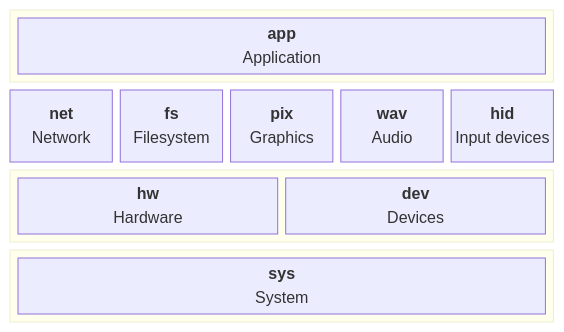
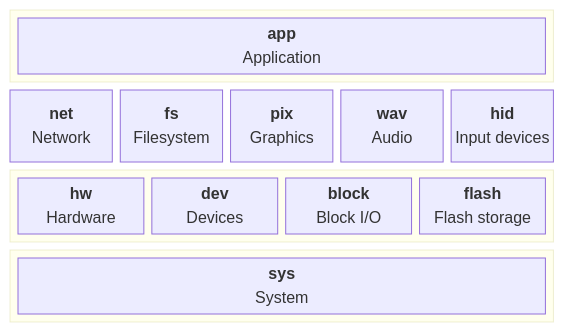
The diagram in README.md (mutablelogic/picofuse), drawn with Mermaid before and after one commit. The commit also changed other lines of this file and 27 other files, not shown here.

First line of the commit message:
Add flash and block io support  (#16)

````diff
--- a/README.md
+++ b/README.md
@@ -12,22 +12,24 @@
 ```mermaid
 block-beta
   columns 5
 
   block:top:5
     columns 1
     app["<b>app</b><br/>Application"]
   end
 
   net["<b>net</b><br/>Network"] fs["<b>fs</b><br/>Filesystem"] pix["<b>pix</b><br/>Graphics"] wav["<b>wav</b><br/>Audio"] hid["<b>hid</b><br/>Input devices"]
 
   block:middle:5
-    columns 2
+    columns 4
     hw["<b>hw</b><br/>Hardware"]
     dev["<b>dev</b><br/>Devices"]
+    blockio["<b>block</b><br/>Block I/O"]
+    flash["<b>flash</b><br/>Flash storage"]
   end
 
   block:bottom:5
     columns 1
     sys["<b>sys</b><br/>System"]
   end
 ```
````
